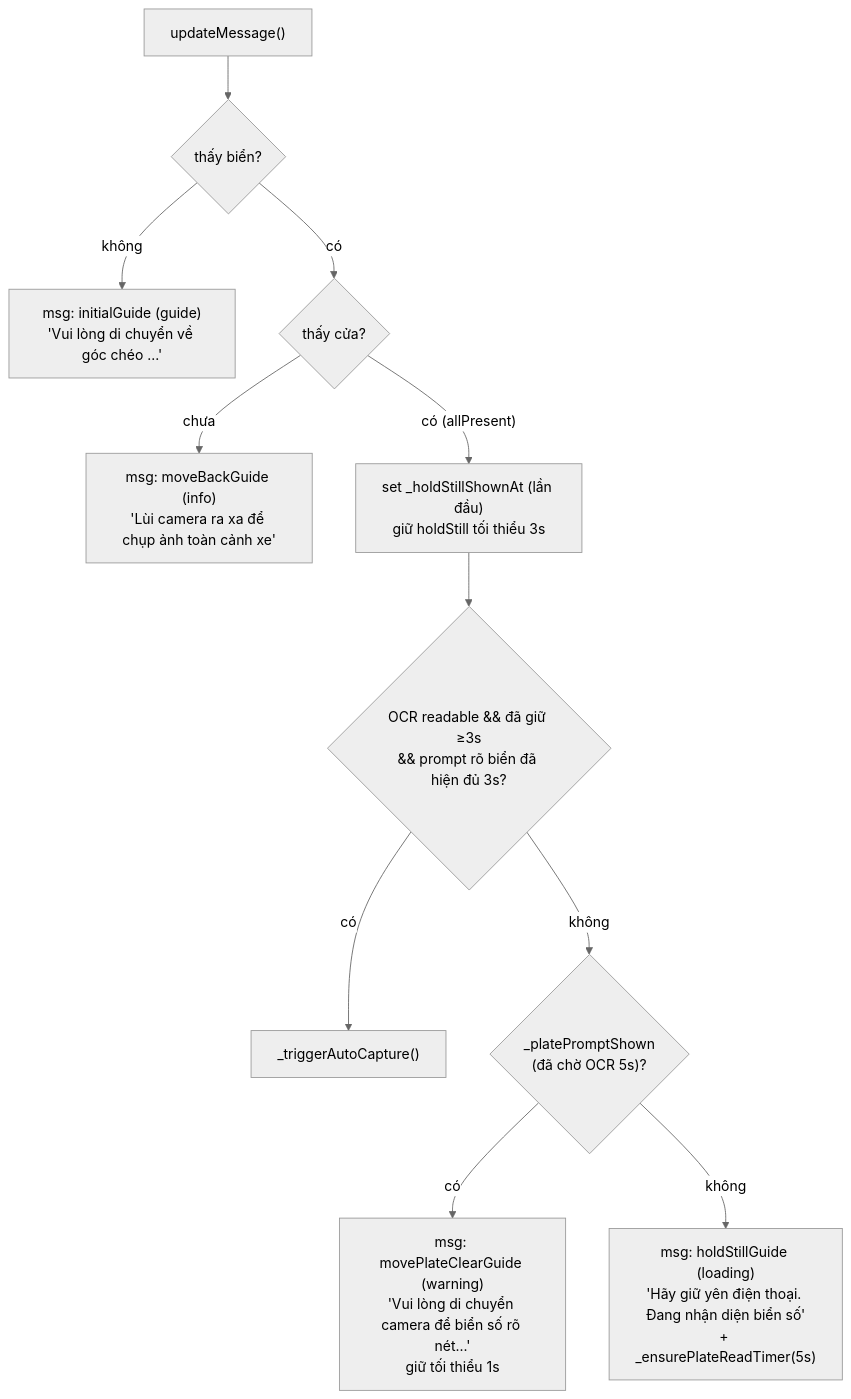
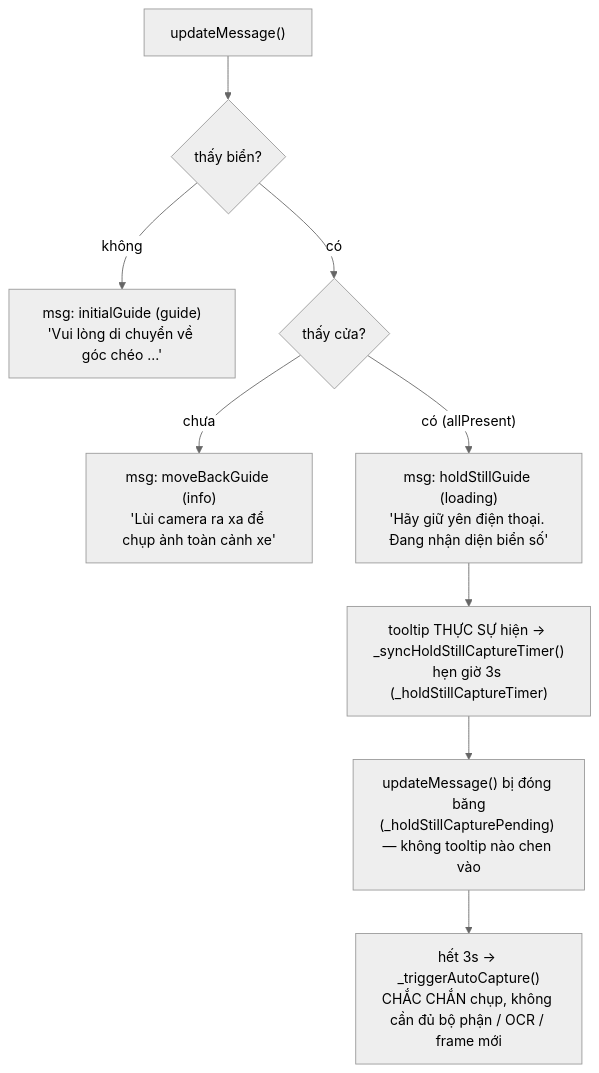
The third of 9 diagrams in CAMERA_CONTROLLER.md (Aicycle-Insurance/aicycle_on_device), drawn with Mermaid (neutral theme) before and after one commit. The commit also changed other lines of this file and 7 other files, not shown here.

Commit message:
Refactor camera capture logic to ensure auto-capture occurs after the "hold still" tooltip is displayed for 3 seconds; add tests for capture timing and conditions.

````diff
--- a/CAMERA_CONTROLLER.md
+++ b/CAMERA_CONTROLLER.md
@@ -60,14 +60,12 @@
 ```mermaid
 flowchart TD
     U["updateMessage()"] --> Q1{"thấy biển?"}
     Q1 -->|không| M1["msg: initialGuide (guide)<br/>'Vui lòng di chuyển về góc chéo ...'"]
     Q1 -->|có| Q2{"thấy cửa?"}
     Q2 -->|chưa| M2["msg: moveBackGuide (info)<br/>'Lùi camera ra xa để chụp ảnh toàn cảnh xe'"]
-    Q2 -->|"có (allPresent)"| H["set _holdStillShownAt (lần đầu)<br/>giữ holdStill tối thiểu 3s"]
+    Q2 -->|"có (allPresent)"| M4["msg: holdStillGuide (loading)<br/>'Hãy giữ yên điện thoại. Đang nhận diện biển số'"]
 
-    H --> Q3{"OCR readable && đã giữ ≥3s<br/>&& prompt rõ biển đã hiện đủ 3s?"}
-    Q3 -->|có| CAP["_triggerAutoCapture()"]
-    Q3 -->|không| Q4{"_platePromptShown<br/>(đã chờ OCR 5s)?"}
-    Q4 -->|có| M3["msg: movePlateClearGuide (warning)<br/>'Vui lòng di chuyển camera để biển số rõ nét...'<br/>giữ tối thiểu 1s"]
-    Q4 -->|không| M4["msg: holdStillGuide (loading)<br/>'Hãy giữ yên điện thoại. Đang nhận diện biển số'<br/>+ _ensurePlateReadTimer(5s)"]
+    M4 --> T3["tooltip THỰC SỰ hiện → _syncHoldStillCaptureTimer()<br/>hẹn giờ 3s (_holdStillCaptureTimer)"]
+    T3 --> FREEZE["updateMessage() bị đóng băng<br/>(_holdStillCapturePending) — không tooltip nào chen vào"]
+    FREEZE --> CAP["hết 3s → _triggerAutoCapture()<br/>CHẮC CHẮN chụp, không cần đủ bộ phận / OCR / frame mới"]
 ```
````
